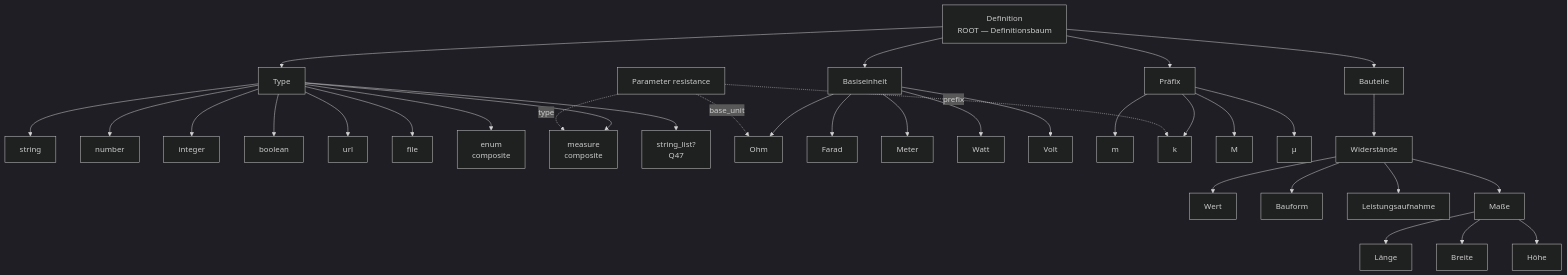
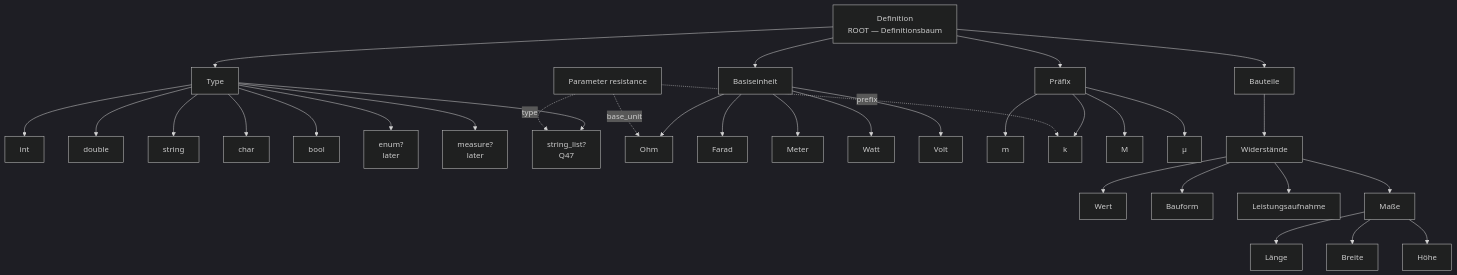
One commit to sfambach/wp-taxonomy-modeler changed the fourth of 7 diagrams in docs/plans/data-structure.md. Above: the diagram before and after it, drawn with Mermaid (dark theme). The commit also changed other lines of this file and 6 other files, not shown here.

````diff
--- a/docs/plans/data-structure.md
+++ b/docs/plans/data-structure.md
@@ -490,44 +516,43 @@
 ```mermaid
 flowchart TB
   D["Definition<br/>ROOT — Definitionsbaum"]
 
   D --> T["Type"]
   D --> B["Basiseinheit"]
   D --> P["Präfix"]
   D --> Bau["Bauteile"]
 
-  T --> T1["string"]
-  T --> T2["number"]
-  T --> T3["integer"]
-  T --> T4["boolean"]
-  T --> T5["url"]
-  T --> T6["file"]
-  T --> T7["enum<br/>composite"]
-  T --> T8["measure<br/>composite"]
-  T --> T9["string_list?<br/>Q47"]
+  T --> T1["int"]
+  T --> T2["double"]
+  T --> T3["string"]
+  T --> T4["char"]
+  T --> T5["bool"]
+  T --> T6["enum?<br/>later"]
+  T --> T7["measure?<br/>later"]
+  T --> T8["string_list?<br/>Q47"]
 
   B --> B1["Ohm"]
   B --> B2["Farad"]
   B --> B3["Meter"]
   B --> B4["Watt"]
   B --> B5["Volt"]
 
   P --> P1["m"]
   P --> P2["k"]
   P --> P3["M"]
   P --> P4["µ"]
 
   Bau --> W["Widerstände"]
   W --> V["Wert"]
   W --> F["Bauform"]
   W --> L["Leistungsaufnahme"]
   W --> M["Maße"]
   M --> GL["Länge"]
   M --> GB["Breite"]
   M --> GH["Höhe"]
 
   Param["Parameter resistance"]
   Param -.->|type| T8
   Param -.->|prefix| P2
   Param -.->|base_unit| B1
 ```
````
